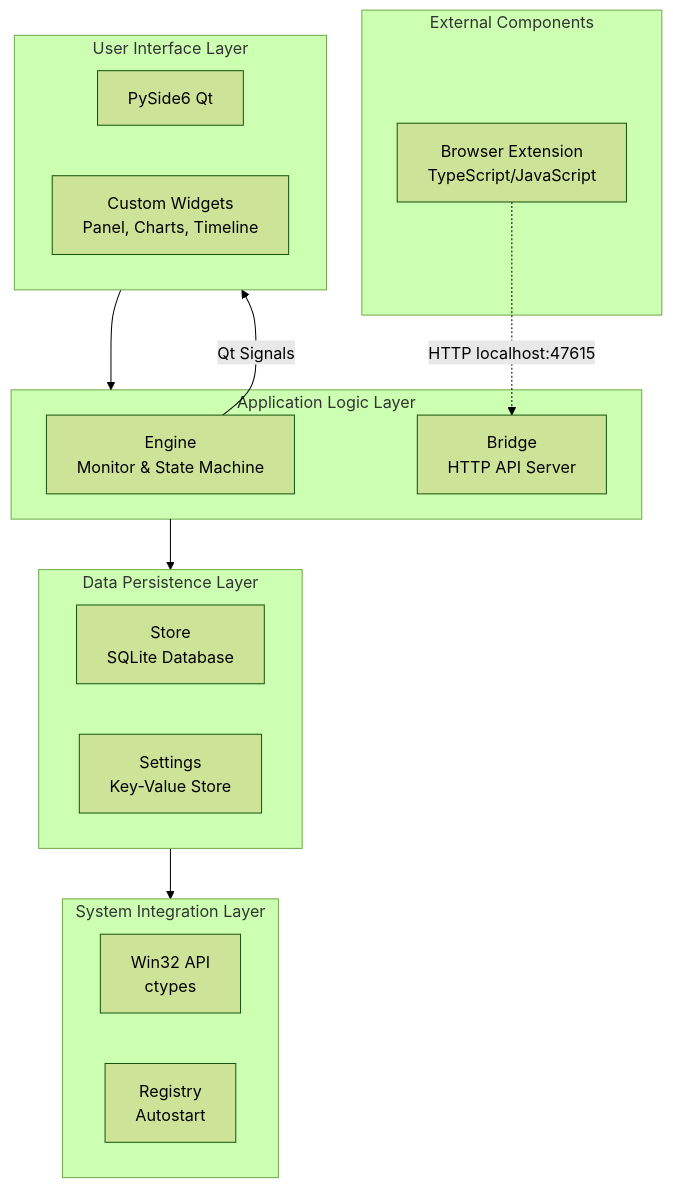
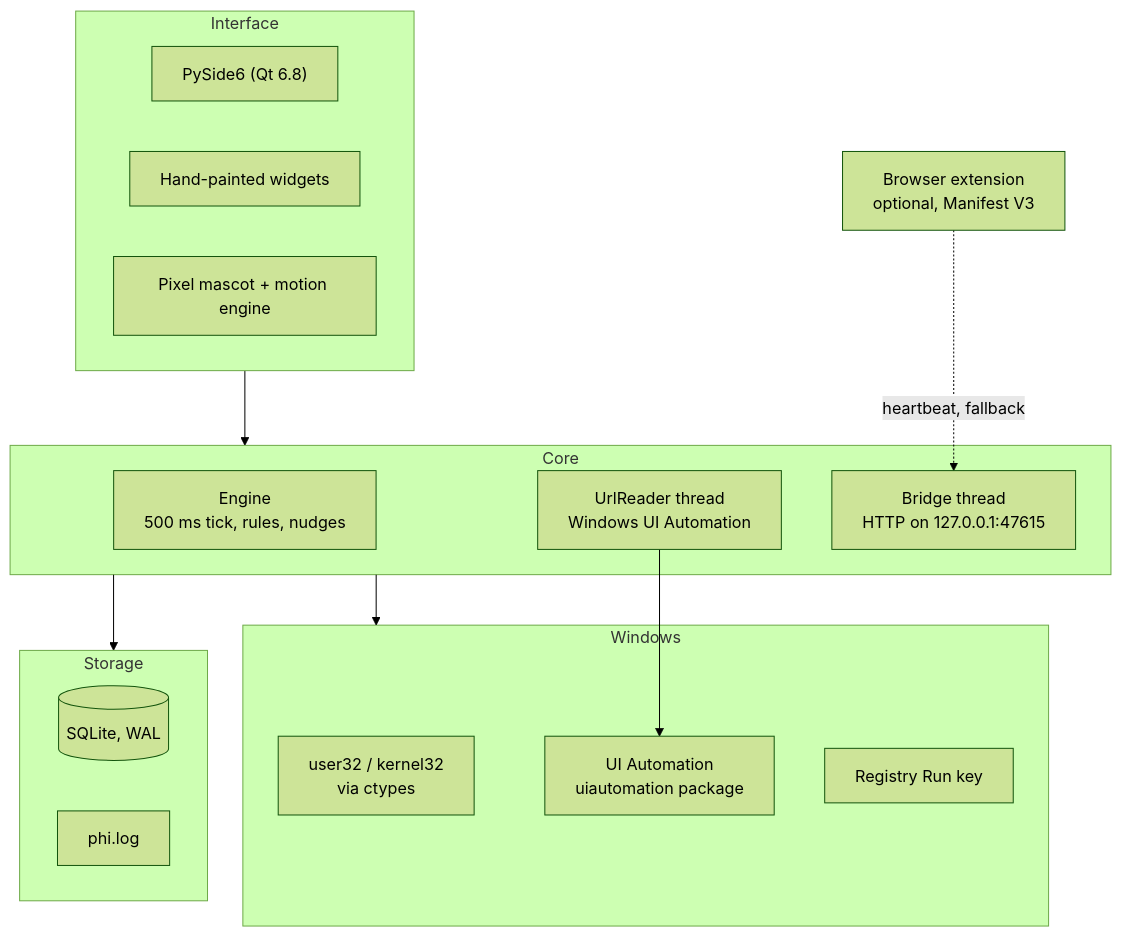
The first of 9 diagrams in README.md (Abubakkar-Khan/PHI), drawn with Mermaid (forest theme) before and after one commit. The commit also changed other lines of this file and 9 other files, not shown here.

````diff
--- a/README.md
+++ b/README.md
@@ -69,32 +74,29 @@
 ```mermaid
 graph TB
-    subgraph UI["User Interface Layer"]
-        QT[PySide6 Qt]
-        WIDGETS[Custom Widgets<br/>Panel, Charts, Timeline]
+    subgraph UI["Interface"]
+        QT["PySide6 (Qt 6.8)"]
+        WID["Hand-painted widgets"]
+        MAS["Pixel mascot + motion engine"]
     end
-    
-    subgraph APP["Application Logic Layer"]
-        ENGINE[Engine<br/>Monitor & State Machine]
-        BRIDGE[Bridge<br/>HTTP API Server]
+    subgraph CORE["Core"]
+        ENG["Engine<br/>500 ms tick, rules, nudges"]
+        RDR["UrlReader thread<br/>Windows UI Automation"]
+        BRG["Bridge thread<br/>HTTP on 127.0.0.1:47615"]
     end
-    
-    subgraph DATA["Data Persistence Layer"]
-        STORE[Store<br/>SQLite Database]
-        SETTINGS[Settings<br/>Key-Value Store]
+    subgraph DATA["Storage"]
+        DB[("SQLite, WAL")]
+        LOG["phi.log"]
     end
-    
-    subgraph SYS["System Integration Layer"]
-        WIN32[Win32 API<br/>ctypes]
-        REG[Registry<br/>Autostart]
+    subgraph OS["Windows"]
+        W32["user32 / kernel32<br/>via ctypes"]
+        UIA["UI Automation<br/>uiautomation package"]
+        REG["Registry Run key"]
     end
-    
-    subgraph EXT["External Components"]
-        BROWSER[Browser Extension<br/>TypeScript/JavaScript]
-    end
-    
-    UI --> APP
-    APP --> DATA
-    DATA --> SYS
-    BROWSER -.->|HTTP localhost:47615| BRIDGE
-    ENGINE -->|Qt Signals| UI
+    EXT["Browser extension<br/>optional, Manifest V3"]
+
+    UI --> CORE
+    CORE --> DATA
+    CORE --> OS
+    RDR --> UIA
+    EXT -.->|heartbeat, fallback| BRG
 ```
````
